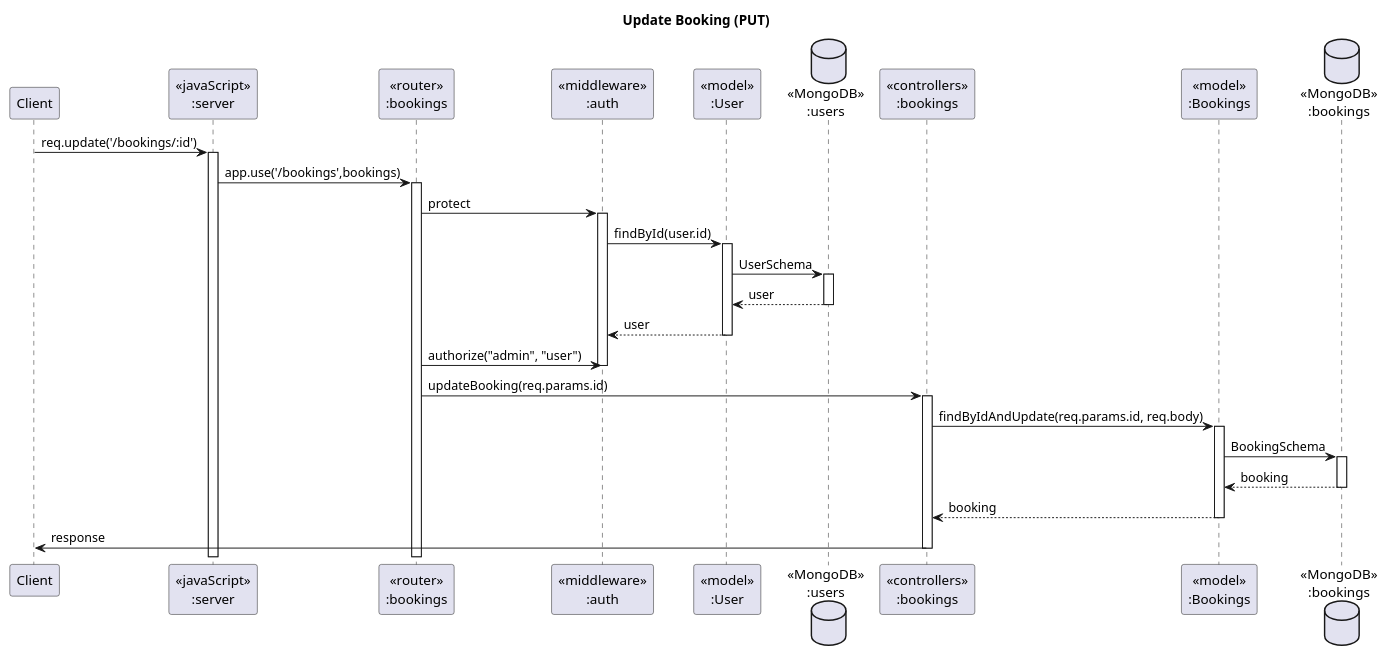
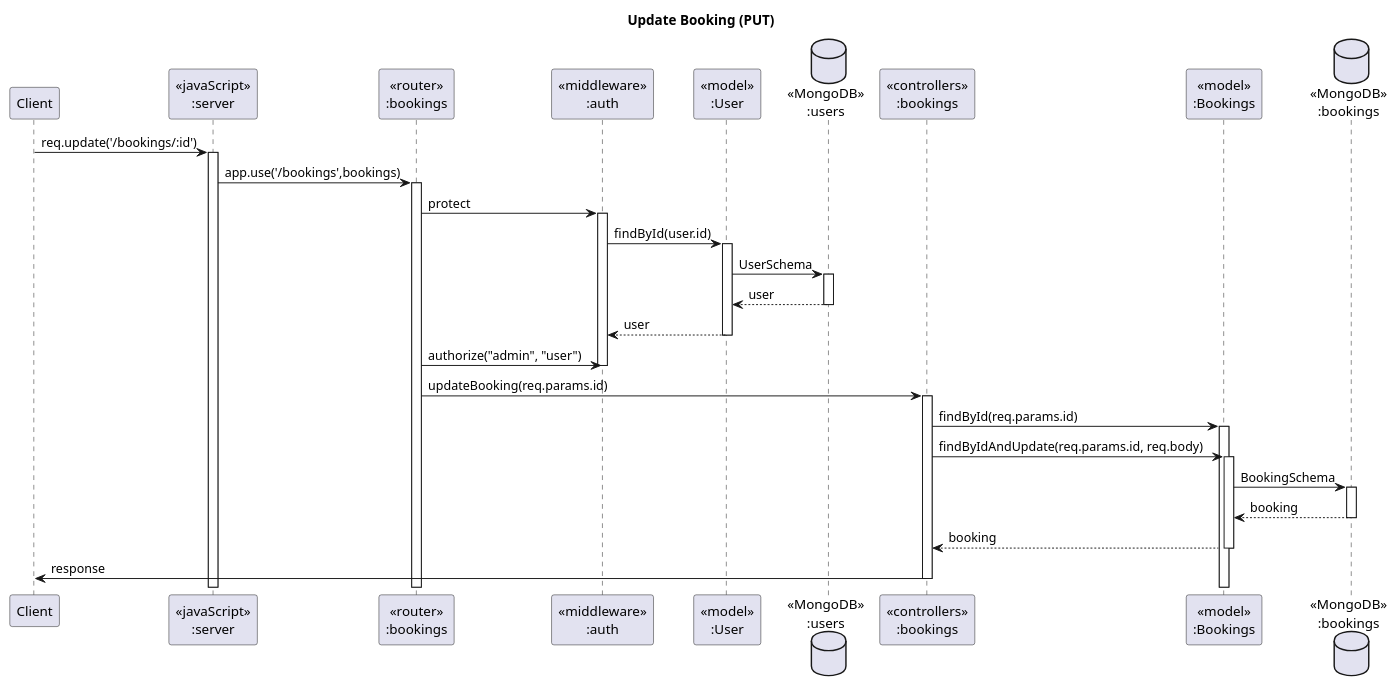
Before and after one commit to podesport/SWPrac-proj: the diagram in plant_uml/sequenceDiagrams/bookings/updateBooking.puml, drawn with PlantUML. The commit also changed 7 other files, not shown here.

```diff
--- a/plant_uml/sequenceDiagrams/bookings/updateBooking.puml
+++ b/plant_uml/sequenceDiagrams/bookings/updateBooking.puml
@@ -1,35 +1,36 @@
 @startuml Update Booking
 
 ' header Hotel Registration Sequence Diagram
 title "Update Booking (PUT)"
 
 participant "Client" as client
 participant "<<javaScript>>\n:server" as server
 participant "<<router>>\n:bookings" as routerBookings
 participant "<<middleware>>\n:auth" as middlewareAuth
 participant "<<model>>\n:User" as modelUser
 database "<<MongoDB>>\n:users" as UserDatabase
 participant "<<controllers>>\n:bookings" as controllersBooking
 participant "<<model>>\n:Bookings" as modelBooking
 database "<<MongoDB>>\n:bookings" as BookingDatabase
 
 client->server ++:req.update('/bookings/:id')
 server->routerBookings ++:app.use('/bookings',bookings)
 
 routerBookings -> middlewareAuth ++: protect
 middlewareAuth -> modelUser ++ : findById(user.id)
 modelUser -> UserDatabase ++: UserSchema
 UserDatabase --> modelUser --: user
 modelUser --> middlewareAuth: user
 deactivate modelUser
 routerBookings -> middlewareAuth: authorize("admin", "user")
 deactivate middlewareAuth
 
 routerBookings -> controllersBooking ++:updateBooking(req.params.id)
+controllersBooking->modelBooking ++: findById(req.params.id)
 controllersBooking->modelBooking ++: findByIdAndUpdate(req.params.id, req.body)
 modelBooking ->BookingDatabase ++: BookingSchema
 BookingDatabase --> modelBooking --: booking
 controllersBooking <-- modelBooking --: booking
 controllersBooking->client --:response
 
 @enduml
```
